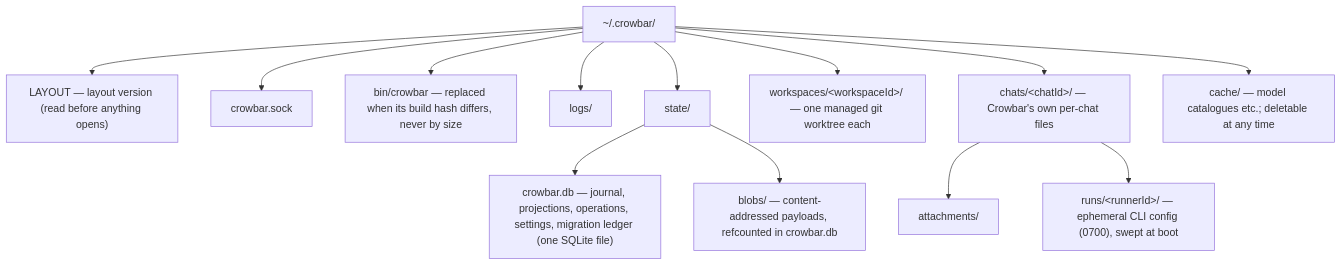
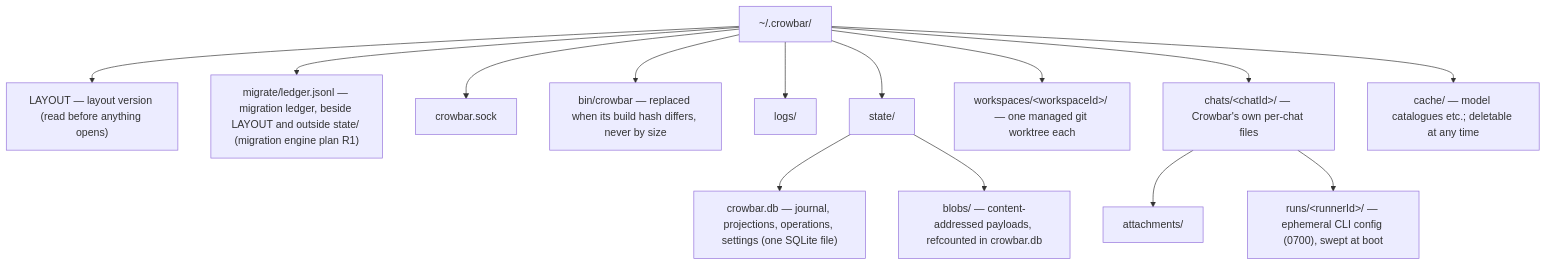
Before and after one commit to char2cs/crowbar: the fourth of 5 diagrams in docs/plans/2026-10-16-thread-branches-and-home-spike.md, drawn with Mermaid. The commit also changed other lines of this file and 4 other files, not shown here.

Commit message:
docs: record the migration engine, the ledger location ruling, and the new boot sequence

````diff
--- a/docs/plans/2026-10-16-thread-branches-and-home-spike.md
+++ b/docs/plans/2026-10-16-thread-branches-and-home-spike.md
@@ -306,16 +306,17 @@
 ```mermaid
 flowchart TB
   H["~/.crowbar/"]
   H --> V["LAYOUT — layout version (read before anything opens)"]
+  H --> Mig["migrate/ledger.jsonl — migration ledger, beside LAYOUT and outside state/ (migration engine plan R1)"]
   H --> Sock["crowbar.sock"]
   H --> Bin["bin/crowbar — replaced when its build hash differs, never by size"]
   H --> Logs["logs/"]
   H --> St["state/"]
-  St --> DB["crowbar.db — journal, projections, operations, settings, migration ledger (one SQLite file)"]
+  St --> DB["crowbar.db — journal, projections, operations, settings (one SQLite file)"]
   St --> Blobs["blobs/ — content-addressed payloads, refcounted in crowbar.db"]
   H --> WS["workspaces/&lt;workspaceId&gt;/ — one managed git worktree each"]
   H --> CH["chats/&lt;chatId&gt;/ — Crowbar's own per-chat files"]
   CH --> Att["attachments/"]
   CH --> Run["runs/&lt;runnerId&gt;/ — ephemeral CLI config (0700), swept at boot"]
   H --> Cache["cache/ — model catalogues etc.; deletable at any time"]
 ```
````
